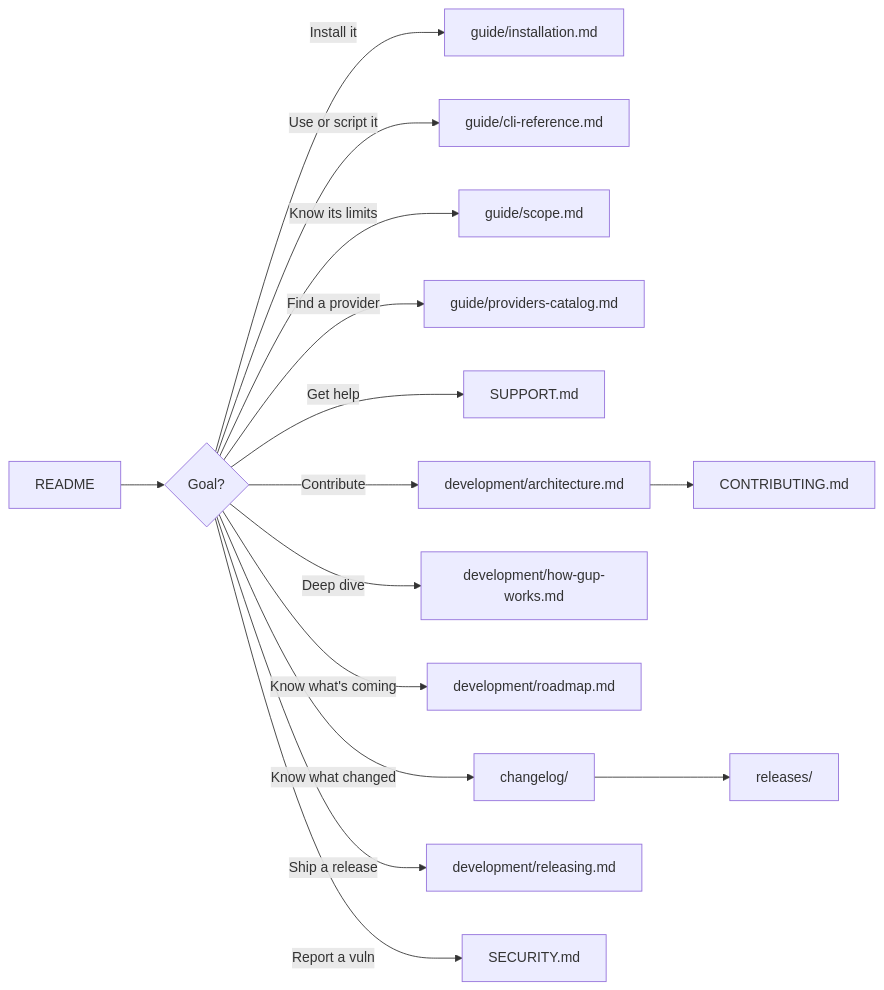
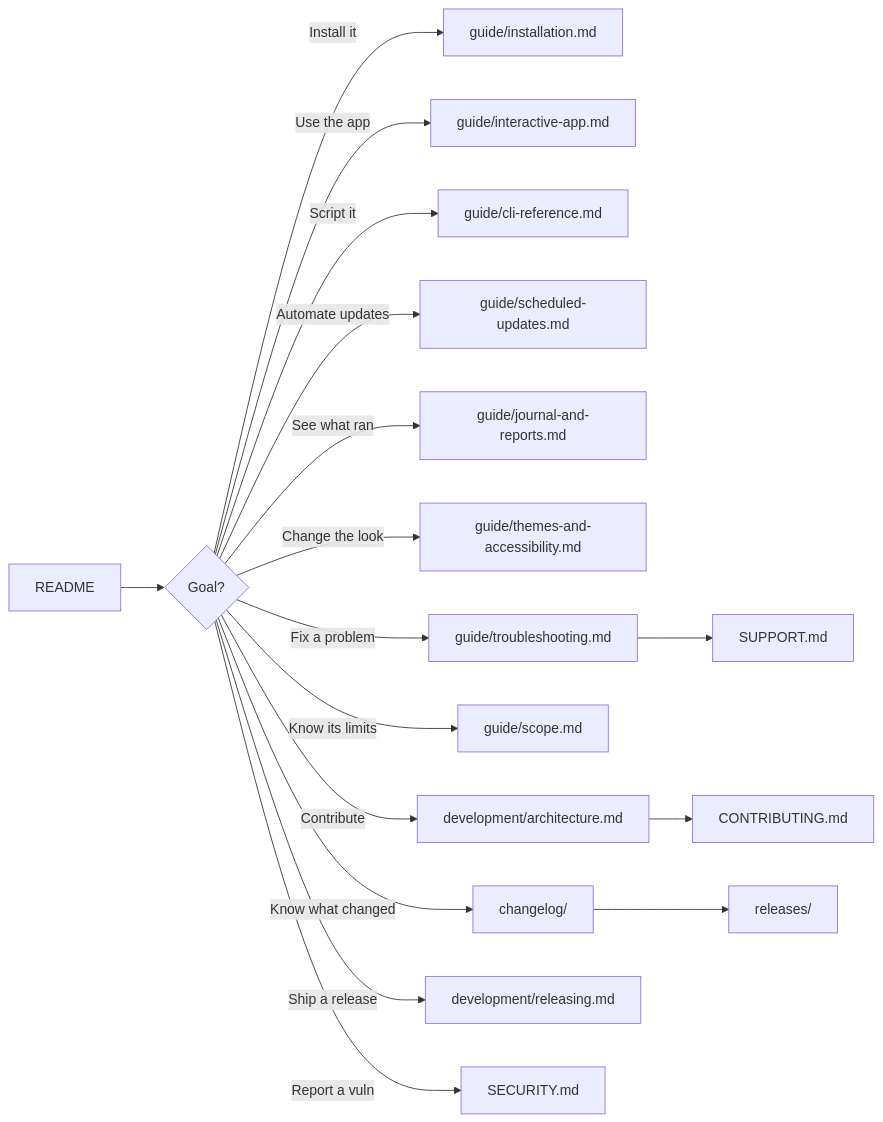
Before and after one commit to LINDECKER-Charles/gup: the diagram in docs/README.md, drawn with Mermaid. The commit also changed other lines of this file and 1 other file, not shown here.

Commit message:
docs: index every guide, diagram and design record

````diff
--- a/docs/README.md
+++ b/docs/README.md
@@ -79,15 +104,16 @@
 ```mermaid
 flowchart LR
     A[README] --> B{Goal?}
     B -->|Install it| I[guide/installation.md]
-    B -->|Use or script it| C[guide/cli-reference.md]
+    B -->|Use the app| T[guide/interactive-app.md]
+    B -->|Script it| C[guide/cli-reference.md]
+    B -->|Automate updates| S[guide/scheduled-updates.md]
+    B -->|See what ran| J[guide/journal-and-reports.md]
+    B -->|Change the look| TH[guide/themes-and-accessibility.md]
+    B -->|Fix a problem| TR[guide/troubleshooting.md] --> SUP[SUPPORT.md]
     B -->|Know its limits| SC[guide/scope.md]
-    B -->|Find a provider| E[guide/providers-catalog.md]
-    B -->|Get help| SUP[SUPPORT.md]
     B -->|Contribute| D[development/architecture.md] --> F[CONTRIBUTING.md]
-    B -->|Deep dive| G[development/how-gup-works.md]
-    B -->|Know what's coming| R[development/roadmap.md]
     B -->|Know what changed| L[changelog/] --> N[releases/]
-    B -->|Ship a release| REL[development/releasing.md]
+    B -->|Ship a release| R[development/releasing.md]
     B -->|Report a vuln| H[SECURITY.md]
 ```
````
